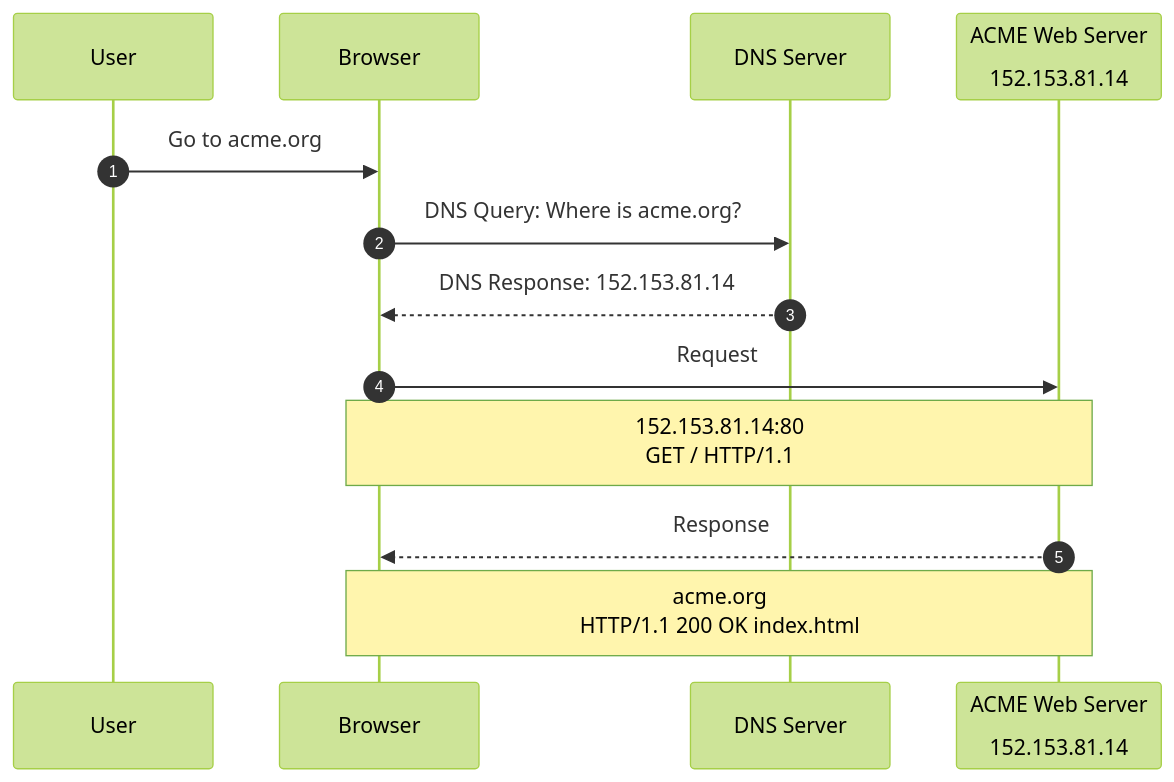
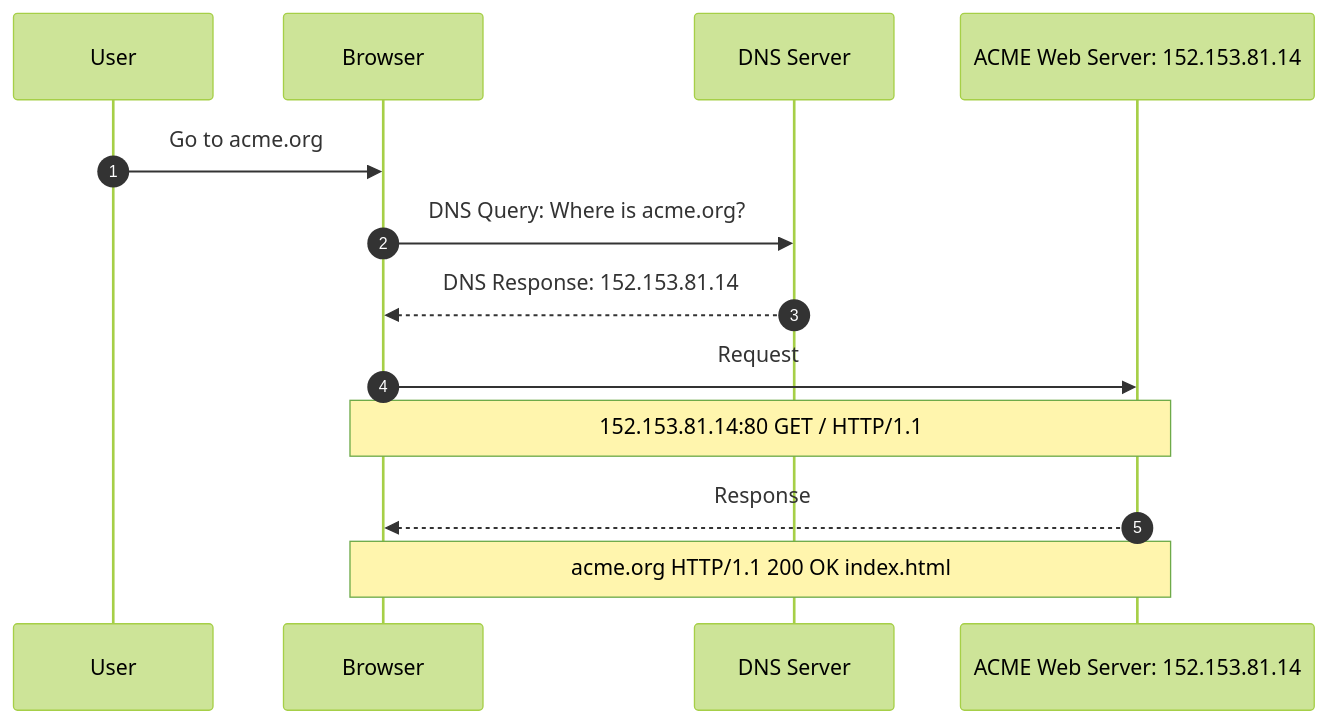
Before and after one commit to SH3LLco/Codex: the diagram in docs/core/networking/protocols/http-s/http-flow.md, drawn with Mermaid (forest theme).

Commit message:
mermaid mobile test

````diff
--- a/docs/core/networking/protocols/http-s/http-flow.md
+++ b/docs/core/networking/protocols/http-s/http-flow.md
@@ -11,31 +11,31 @@
 ``` mermaid
 sequenceDiagram
 
     autonumber
 
     participant User
 
     participant Browser
 
     participant DNS_Server as DNS Server
 
-    participant Web_Server as ACME Web Server<br><br>152.153.81.14
+    participant Web_Server as ACME Web Server: 152.153.81.14
 
   
 
     User->>Browser: Go to acme.org
 
     Browser->>DNS_Server: DNS Query: Where is acme.org?
 
     DNS_Server-->>Browser: DNS Response: 152.153.81.14
 
   
 
     Browser->>Web_Server: Request
 
-    note over Browser,Web_Server: 152.153.81.14:80 <br> GET / HTTP/1.1
+    note over Browser,Web_Server: 152.153.81.14:80 GET / HTTP/1.1
 
     Web_Server-->>Browser: Response
 
-    note over Web_Server,Browser: acme.org <br> HTTP/1.1 200 OK index.html
+    note over Web_Server,Browser: acme.org HTTP/1.1 200 OK index.html
 ``` 
````
